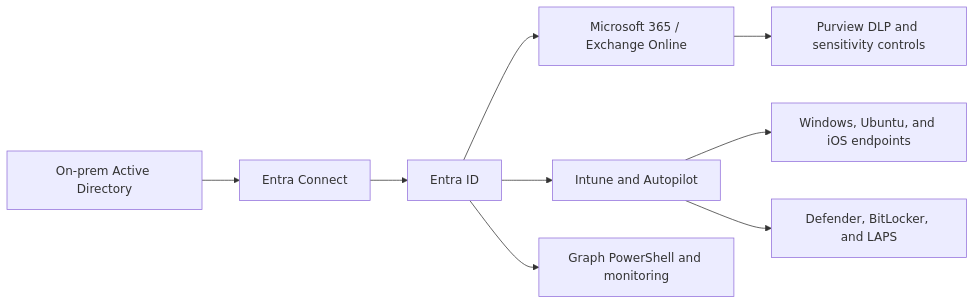
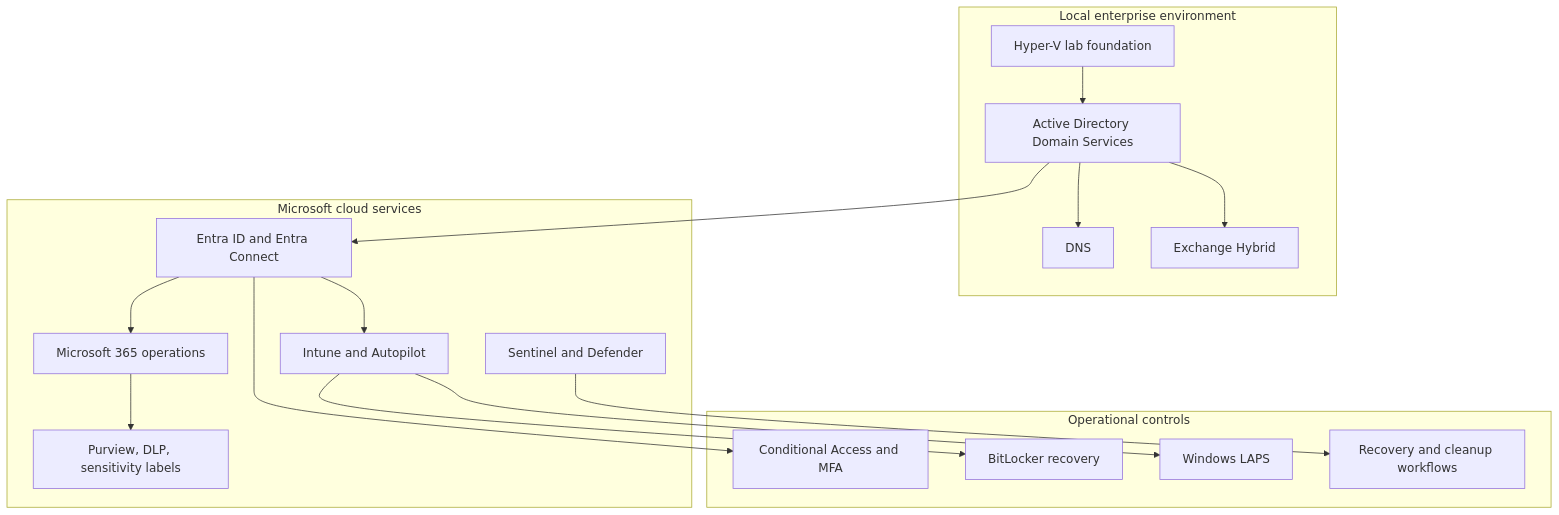
Before and after one commit to jrikobd-azaws/azawslab-enterprise-hybrid-security: the diagram in site/releases/release1.md, drawn with Mermaid. The commit also changed other lines of this file and 3 other files, not shown here.

````diff
--- a/site/releases/release1.md
+++ b/site/releases/release1.md
@@ -11,11 +31,36 @@
 ```mermaid
-flowchart LR
-    AD["On-prem Active Directory"] --> Connect["Entra Connect"]
-    Connect --> Entra["Entra ID"]
-    Entra --> M365["Microsoft 365 / Exchange Online"]
-    Entra --> Intune["Intune and Autopilot"]
-    Intune --> Endpoints["Windows, Ubuntu, and iOS endpoints"]
-    Intune --> Security["Defender, BitLocker, and LAPS"]
-    M365 --> Purview["Purview DLP and sensitivity controls"]
-    Entra --> Graph["Graph PowerShell and monitoring"]
+flowchart TD
+    subgraph Local["Local enterprise environment"]
+        AD["Active Directory Domain Services"]
+        DNS["DNS"]
+        EX["Exchange Hybrid"]
+        HV["Hyper-V lab foundation"]
+    end
+
+    subgraph Cloud["Microsoft cloud services"]
+        ENTRA["Entra ID and Entra Connect"]
+        M365["Microsoft 365 operations"]
+        INTUNE["Intune and Autopilot"]
+        PURVIEW["Purview, DLP, sensitivity labels"]
+        SECOPS["Sentinel and Defender"]
+    end
+
+    subgraph Operations["Operational controls"]
+        CA["Conditional Access and MFA"]
+        BL["BitLocker recovery"]
+        LAPS["Windows LAPS"]
+        REC["Recovery and cleanup workflows"]
+    end
+
+    HV --> AD
+    AD --> DNS
+    AD --> EX
+    AD --> ENTRA
+    ENTRA --> CA
+    ENTRA --> M365
+    M365 --> PURVIEW
+    ENTRA --> INTUNE
+    INTUNE --> BL
+    INTUNE --> LAPS
+    SECOPS --> REC
 ```
````
